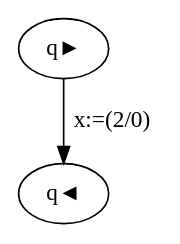
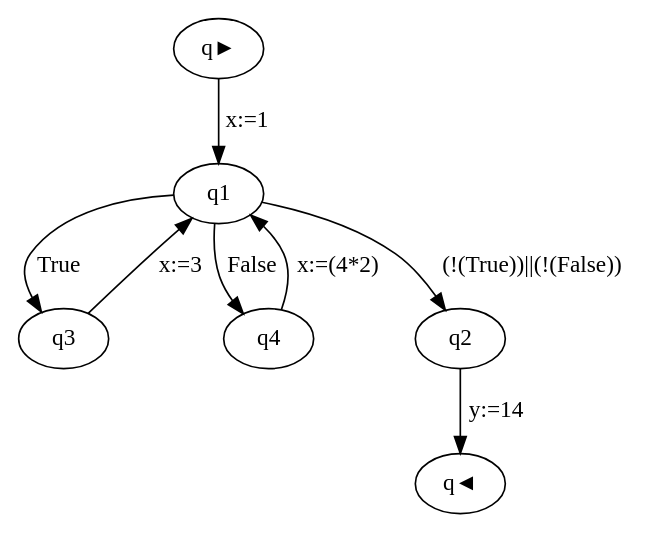
The diagram in graph.dot (JepMik/GCL-Build-Analyse-Tool), drawn with Graphviz before and after one commit. The commit also changed 6 other files, not shown here.

```diff
--- a/graph.dot
+++ b/graph.dot
@@ -1,3 +1,9 @@
 strict digraph {
-q► -> q◄[label="x:=(2/0)"];
+q► -> q1[label="x:=1"];
+q1 -> q3[label="True"];
+q3 -> q1[label="x:=3"];
+q1 -> q4[label="False"];
+q4 -> q1[label="x:=(4*2)"];
+q1 -> q2[label="(!(True))||(!(False))"];
+q2 -> q◄[label="y:=14"];
 }
```
